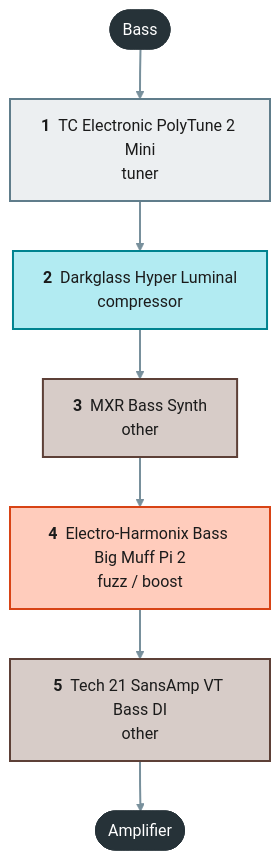
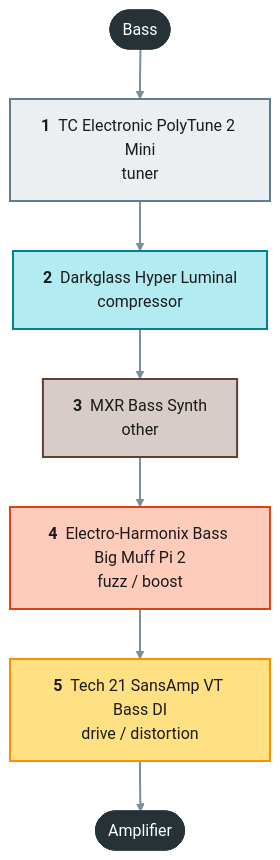
Before and after one commit to pedroacvieira/pedalboard: the diagram in projects/bass/signal-chain.mmd, drawn with Mermaid. The commit also changed 5 other files, not shown here.

```diff
--- a/projects/bass/signal-chain.mmd
+++ b/projects/bass/signal-chain.mmd
@@ -1,15 +1,16 @@
 flowchart TB
     guitar(["Bass"]):::endpoint
     polytune_2_mini["<b>1</b> &nbsp;TC Electronic PolyTune 2 Mini<br/>tuner"]:::c_tuner
     darkglass_hyper_luminal["<b>2</b> &nbsp;Darkglass Hyper Luminal<br/>compressor"]:::c_compressor
     mxr_bass_synth["<b>3</b> &nbsp;MXR Bass Synth<br/>other"]:::c_other
     ehx_bass_big_muff_2["<b>4</b> &nbsp;Electro-Harmonix Bass Big Muff Pi 2<br/>fuzz / boost"]:::c_fuzz___boost
-    tech21_vt_bass_di["<b>5</b> &nbsp;Tech 21 SansAmp VT Bass DI<br/>other"]:::c_other
+    tech21_vt_bass_di["<b>5</b> &nbsp;Tech 21 SansAmp VT Bass DI<br/>drive / distortion"]:::c_drive___distortion
     amp(["Amplifier"]):::endpoint
     guitar --> polytune_2_mini --> darkglass_hyper_luminal --> mxr_bass_synth --> ehx_bass_big_muff_2 --> tech21_vt_bass_di --> amp
     classDef endpoint fill:#263238,stroke:#263238,color:#ffffff
     classDef c_tuner fill:#eceff1,stroke:#607d8b,stroke-width:2px,color:#1b1b1b
     classDef c_compressor fill:#b2ebf2,stroke:#00838f,stroke-width:2px,color:#1b1b1b
     classDef c_fuzz___boost fill:#ffccbc,stroke:#d84315,stroke-width:2px,color:#1b1b1b
+    classDef c_drive___distortion fill:#ffe082,stroke:#ff8f00,stroke-width:2px,color:#1b1b1b
     classDef c_other fill:#d7ccc8,stroke:#5d4037,stroke-width:2px,color:#1b1b1b
     linkStyle default stroke:#78909c,stroke-width:2px
```
